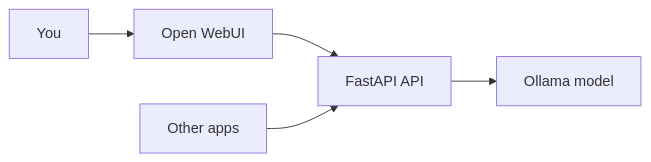
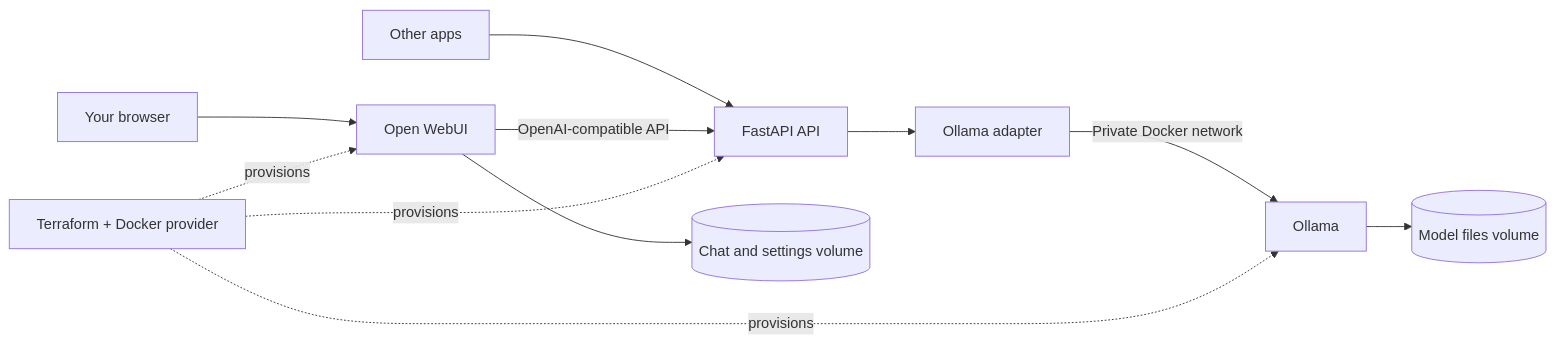
Before and after one commit to BinarySyrup/AI-Platform-Foundation-Local: the diagram in README.md, drawn with Mermaid. The commit also changed other lines of this file and 12 other files, not shown here.

First line of the commit message:
• chore: standardize docs and pin Open WebUI 0.13.4

````diff
--- a/README.md
+++ b/README.md
@@ -7,7 +20,14 @@
 ```mermaid
 flowchart LR
-    You[You] --> UI[Open WebUI]
-    UI --> API[FastAPI API]
-    App[Other apps] --> API
-    API --> Ollama[Ollama model]
+    Terraform[Terraform + Docker provider]
+    Browser[Your browser] --> UI[Open WebUI]
+    Client[Other apps] --> API[FastAPI API]
+    UI -->|OpenAI-compatible API| API
+    API --> Adapter[Ollama adapter]
+    Adapter -->|Private Docker network| Ollama[Ollama]
+    Ollama --> Models[(Model files volume)]
+    UI --> Chats[(Chat and settings volume)]
+    Terraform -. provisions .-> UI
+    Terraform -. provisions .-> API
+    Terraform -. provisions .-> Ollama
 ```
````
